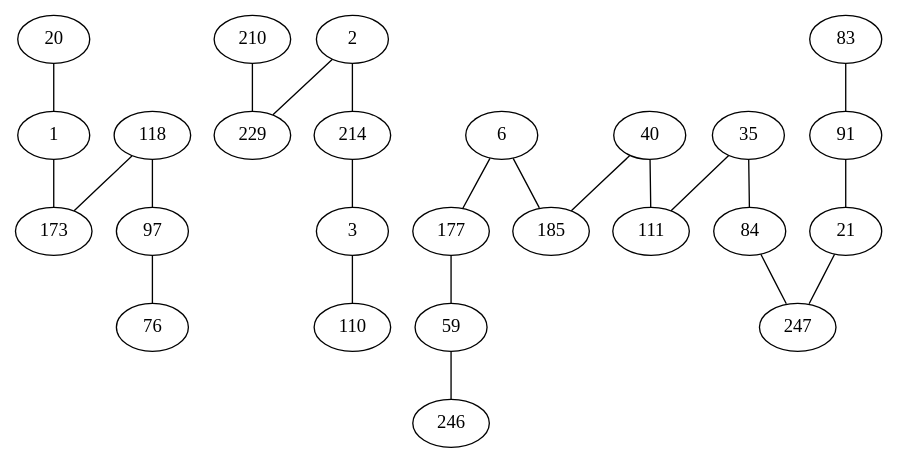
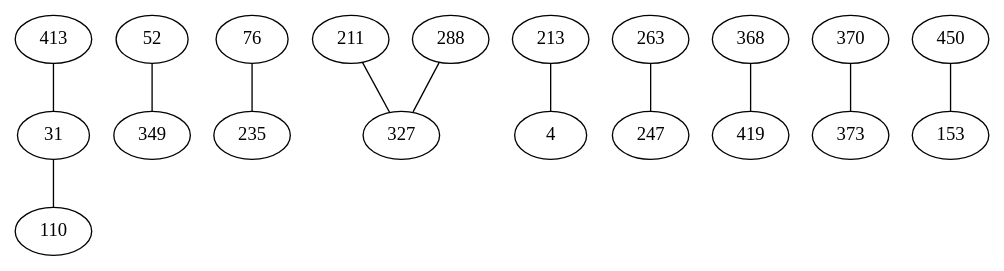
The diagram in external/dbg2olc/FinalBiDirectedBestOverlapGraph.dot (AuCson/Genome-Assembly-Implementation), drawn with Graphviz before and after one commit. The commit also changed 67 other files, not shown here.

```diff
--- a/external/dbg2olc/FinalBiDirectedBestOverlapGraph.dot
+++ b/external/dbg2olc/FinalBiDirectedBestOverlapGraph.dot
@@ -1,46 +1,24 @@
 strict graph G {
-1 -- 173;
-2 -- 229;
-3 -- 110;
-6 -- 185;
-20 -- 1;
-21 -- 247;
-35 -- 111;
-40 -- 111;
-59 -- 246;
-83 -- 91;
-84 -- 247;
-91 -- 21;
-97 -- 76;
-111 -- 35;
-118 -- 97;
-173 -- 1;
-177 -- 59;
-185 -- 6;
-214 -- 3;
-229 -- 2;
-246 -- 59;
-247 -- 21;
-1 -- 20;
-2 -- 214;
-3 -- 214;
-6 -- 177;
-21 -- 91;
-35 -- 84;
-40 -- 185;
-59 -- 177;
-76 -- 97;
-84 -- 35;
-91 -- 83;
-97 -- 118;
-110 -- 3;
-111 -- 40;
-118 -- 173;
-173 -- 118;
-177 -- 6;
-185 -- 40;
-210 -- 229;
-214 -- 2;
-229 -- 210;
-247 -- 84;
+31 -- 110;
+52 -- 349;
+76 -- 235;
+110 -- 31;
+211 -- 327;
+213 -- 4;
+235 -- 76;
+263 -- 247;
+288 -- 327;
+327 -- 211;
+349 -- 52;
+368 -- 419;
+370 -- 373;
+413 -- 31;
+450 -- 153;
+4 -- 213;
+31 -- 413;
+153 -- 450;
+247 -- 263;
+327 -- 288;
+373 -- 370;
+419 -- 368;
 }
```
